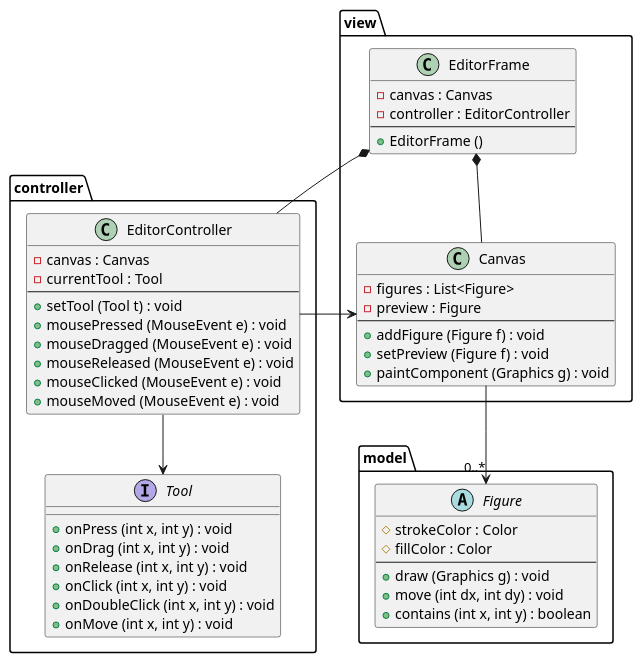
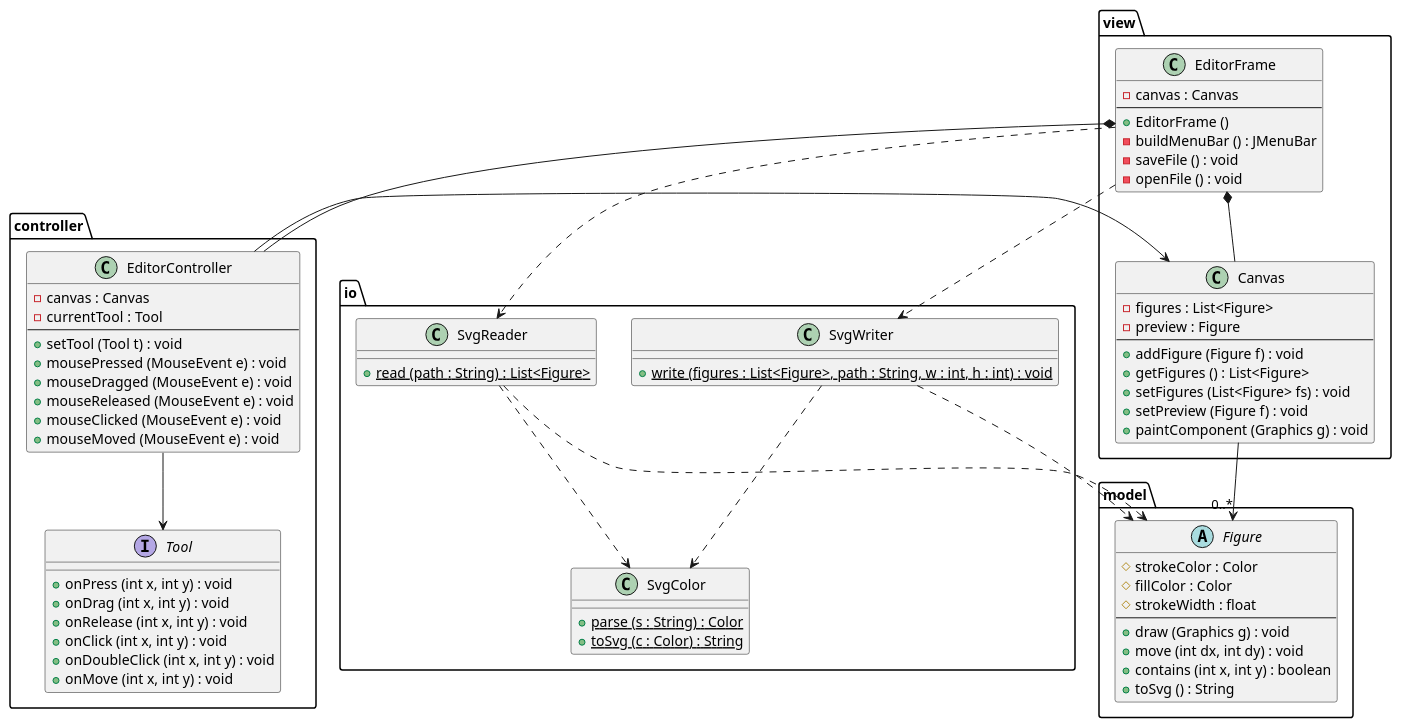
Before and after one commit to cpcp-lab/sdd-figure-editor: the first of 3 diagrams in docs/static-structure.md, drawn with PlantUML. The commit also changed other lines of this file and 20 other files, not shown here.

````diff
--- a/docs/static-structure.md
+++ b/docs/static-structure.md
@@ -13,9 +13,11 @@
 package view {
     class EditorFrame {
         - canvas : Canvas
-        - controller : EditorController
         --
         + EditorFrame ()
+        - buildMenuBar () : JMenuBar
+        - saveFile () : void
+        - openFile () : void
     }
 
     class Canvas {
@@ -23,6 +25,8 @@
         - preview : Figure
         --
         + addFigure (Figure f) : void
+        + getFigures () : List<Figure>
+        + setFigures (List<Figure> fs) : void
         + setPreview (Figure f) : void
         + paintComponent (Graphics g) : void
     }
@@ -55,12 +59,28 @@
     abstract class Figure {
         # strokeColor : Color
         # fillColor : Color
+        # strokeWidth : float
         --
         + draw (Graphics g) : void
         + move (int dx, int dy) : void
         + contains (int x, int y) : boolean
+        + toSvg () : String
+    }
+}
+
+package io {
+    class SvgWriter {
+        + {static} write (figures : List<Figure>, path : String, w : int, h : int) : void
     }
 
+    class SvgReader {
+        + {static} read (path : String) : List<Figure>
+    }
+
+    class SvgColor {
+        + {static} parse (s : String) : Color
+        + {static} toSvg (c : Color) : String
+    }
 }
 
 EditorFrame *-- Canvas
@@ -68,6 +88,12 @@
 EditorController --> Canvas
 EditorController --> Tool
 Canvas --> "0..*" Figure
+EditorFrame ..> SvgWriter
+EditorFrame ..> SvgReader
+SvgWriter ..> Figure
+SvgReader ..> Figure
+SvgReader ..> SvgColor
+SvgWriter ..> SvgColor
 
 @enduml
 ```
````
